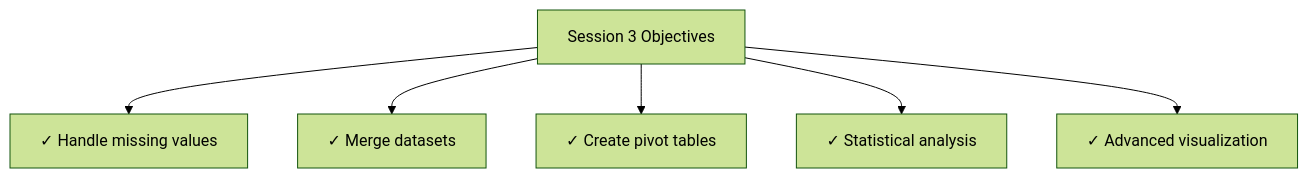
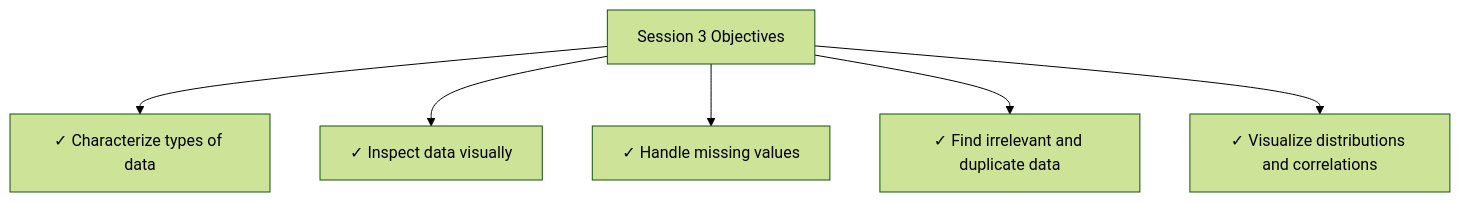
One commit to iportilla/CItraining changed diagram 11 of 11 in module-bd/DOCUMENTATION.md. Above: the diagram before and after it, drawn with Mermaid (forest theme). The commit also changed other lines of this file and 4 other files, not shown here.

````diff
--- a/module-bd/DOCUMENTATION.md
+++ b/module-bd/DOCUMENTATION.md
@@ -820,9 +1259,9 @@
 ```mermaid
 graph TB
     A["Session 3 Objectives"]
-    A --> B["✓ Handle missing values"]
-    A --> C["✓ Merge datasets"]
-    A --> D["✓ Create pivot tables"]
-    A --> E["✓ Statistical analysis"]
-    A --> F["✓ Advanced visualization"]
+    A --> B["✓ Characterize types of data"]
+    A --> C["✓ Inspect data visually"]
+    A --> D["✓ Handle missing values"]
+    A --> E["✓ Find irrelevant and duplicate data"]
+    A --> F["✓ Visualize distributions and correlations"]
 ```
````
